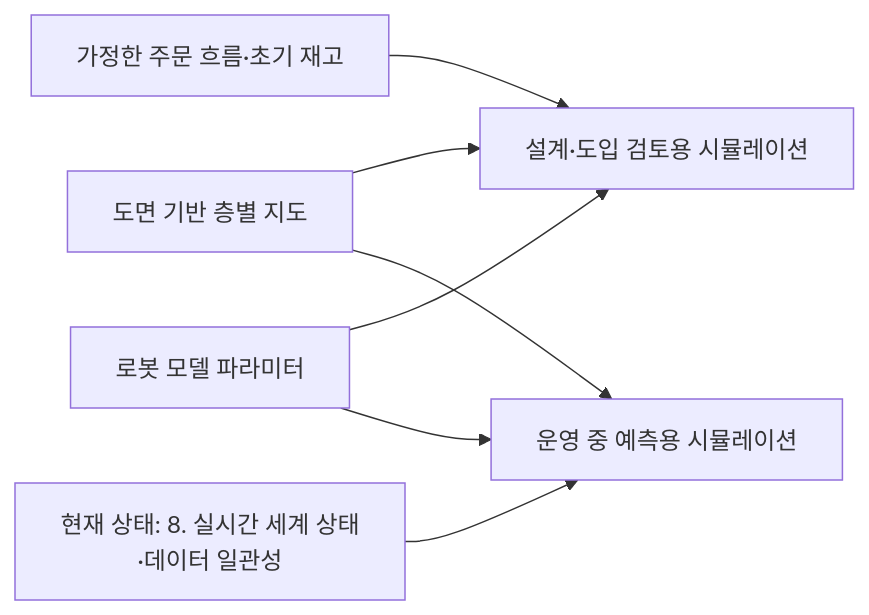
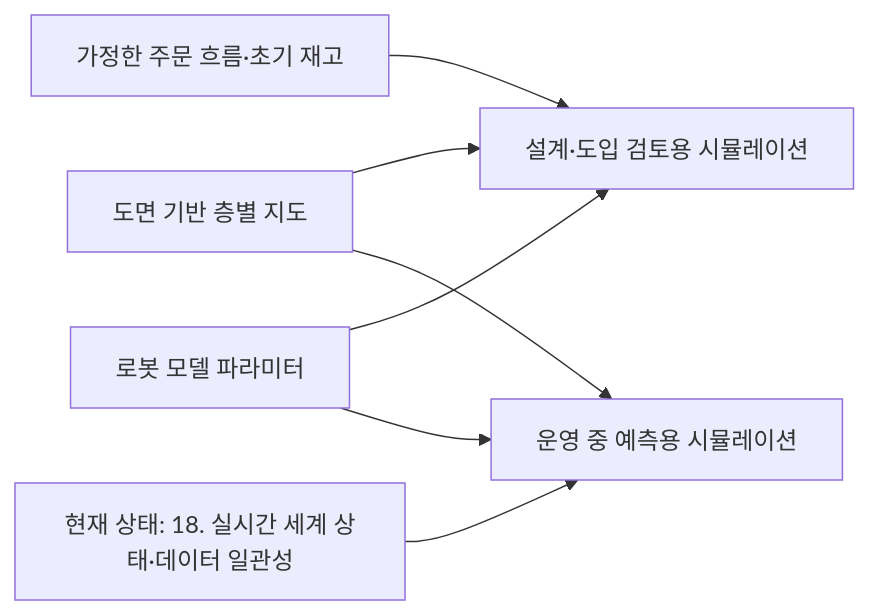
One commit to MJKIM84/ai-hub changed the fourth of 4 diagrams in rop-wiki/docs/tracks/floorplan-recognition/stage-3-implementation-hypothesis.md. Above: the diagram before and after it, drawn with Mermaid. The commit also changed other lines of this file and 1243 other files, not shown here.

````diff
--- a/rop-wiki/docs/tracks/floorplan-recognition/stage-3-implementation-hypothesis.md
+++ b/rop-wiki/docs/tracks/floorplan-recognition/stage-3-implementation-hypothesis.md
@@ -302,9 +302,9 @@
 ```mermaid
 flowchart LR
   plan["도면 기반 층별 지도"] --> design["설계·도입 검토용 시뮬레이션"]
   demand["가정한 주문 흐름·초기 재고"] --> design
   robot["로봇 모델 파라미터"] --> design
   plan --> ops["운영 중 예측용 시뮬레이션"]
-  state["현재 상태: 8. 실시간 세계 상태·데이터 일관성"] --> ops
+  state["현재 상태: 18. 실시간 세계 상태·데이터 일관성"] --> ops
   robot --> ops
 ```
````
